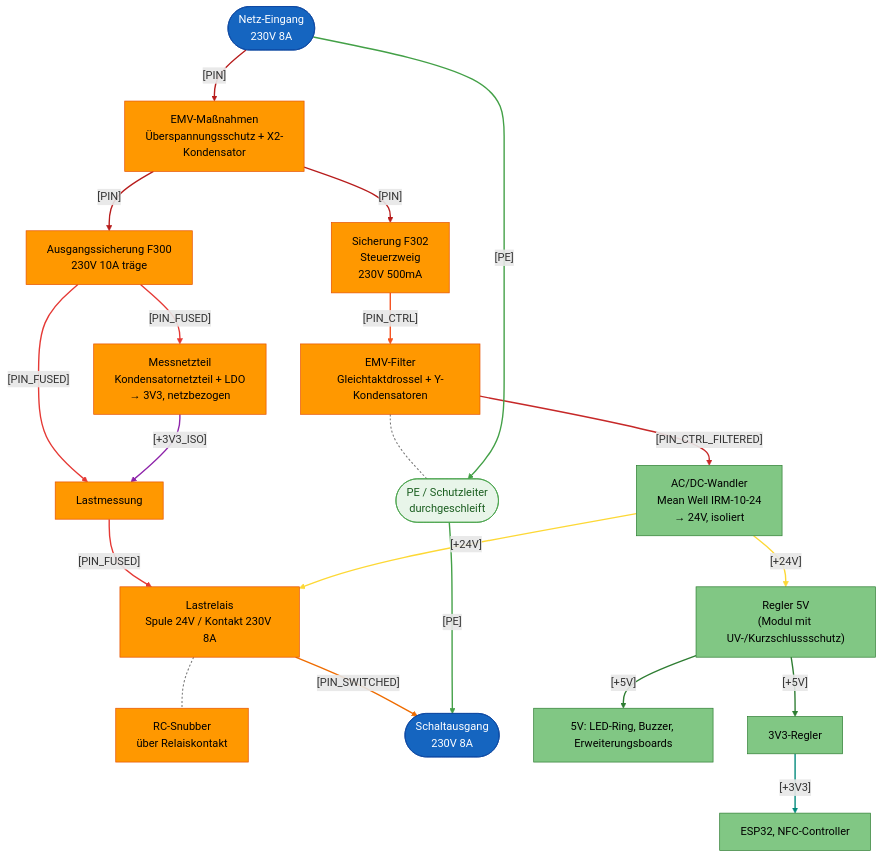
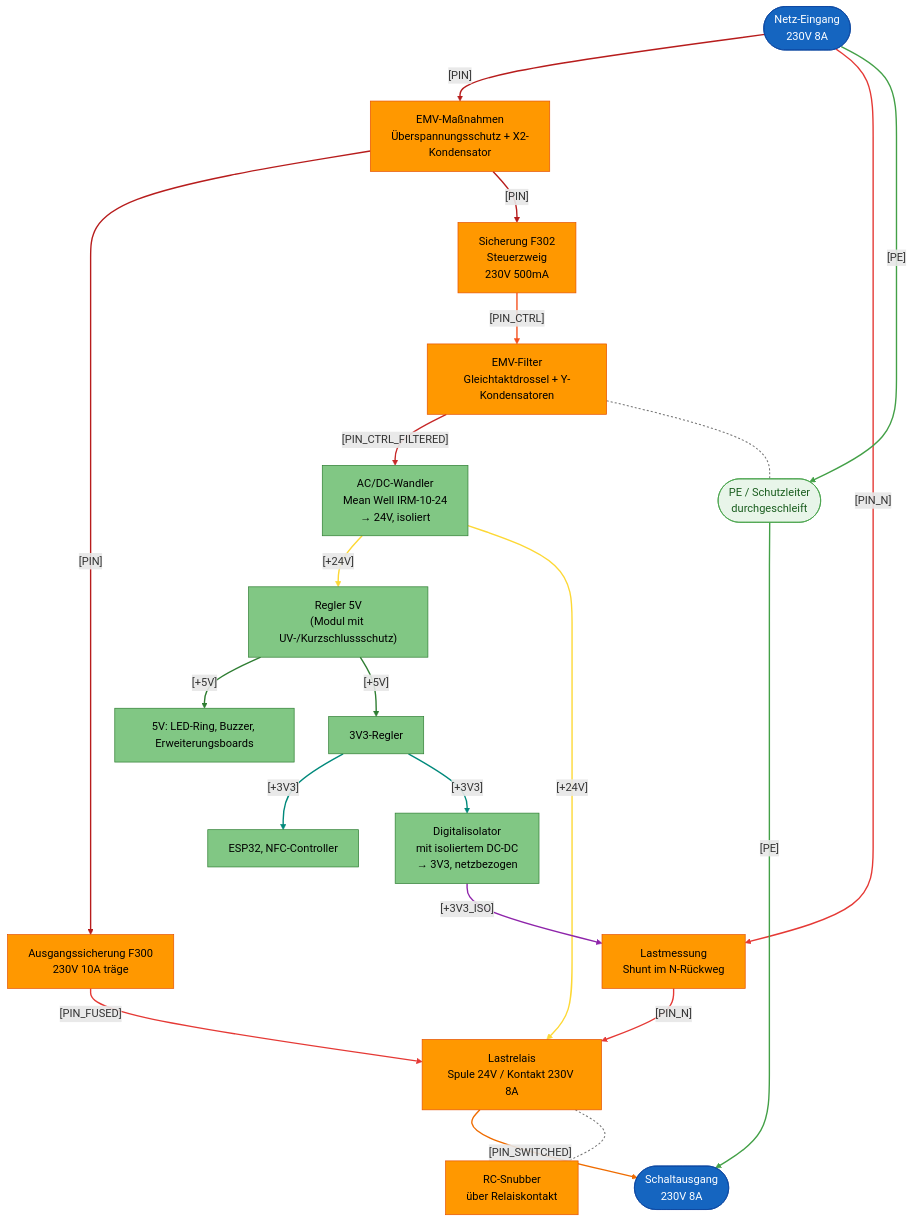
The second of 3 diagrams in hardware/projects/RFID_BOX/README.md (FREILab/easyVerwaltungHardware), drawn with Mermaid before and after one commit. The commit also changed other lines of this file and 6 other files, not shown here.

First line of the commit message:
Messinsel über isolierten Digitalisolator statt Kondensatornetzteil

````diff
--- a/hardware/projects/RFID_BOX/README.md
+++ b/hardware/projects/RFID_BOX/README.md
@@ -249,62 +250,63 @@
 ```mermaid
 flowchart TB
     NETZ([Netz-Eingang<br/>230V 8A])
     EMV["EMV-Maßnahmen<br/>Überspannungsschutz + X2-Kondensator"]
     FLAST["Ausgangssicherung F300<br/>230V 10A träge"]
-    MESS[Lastmessung]
+    MESS["Lastmessung<br/>Shunt im N-Rückweg"]
     REL["Lastrelais<br/>Spule 24V / Kontakt 230V 8A"]
     SNUB["RC-Snubber<br/>über Relaiskontakt"]
     OUT([Schaltausgang <br/>230V 8A])
     PE([PE / Schutzleiter<br/>durchgeschleift])
 
     FSTEUER["Sicherung F302<br/>Steuerzweig<br/>230V 500mA"]
     FILT["EMV-Filter<br/>Gleichtaktdrossel + Y-Kondensatoren"]
     ACDC["AC/DC-Wandler<br/>Mean Well IRM-10-24<br/>→ 24V, isoliert"]
     REG5V["Regler 5V<br/>(Modul mit UV-/Kurzschlussschutz)"]
     V5[5V: LED-Ring, Buzzer, Erweiterungsboards]
     V33[3V3-Regler]
     LOGIK[ESP32, NFC-Controller]
-    DROP["Messnetzteil<br/>Kondensatornetzteil + LDO<br/>→ 3V3, netzbezogen"]
+    ISO["Digitalisolator<br/>mit isoliertem DC-DC<br/>→ 3V3, netzbezogen"]
 
     NETZ -->|"[PIN]"| EMV
     EMV -->|"[PIN]"| FLAST
-    FLAST -->|"[PIN_FUSED]"| MESS
-    MESS -->|"[PIN_FUSED]"| REL
+    FLAST -->|"[PIN_FUSED]"| REL
+    NETZ -->|"[PIN_N]"| MESS
+    MESS -->|"[PIN_N]"| REL
     REL -->|"[PIN_SWITCHED]"| OUT
     REL -.- SNUB
-    FLAST -->|"[PIN_FUSED]"| DROP
-    DROP -->|"[+3V3_ISO]"| MESS
     EMV -->|"[PIN]"| FSTEUER
     FSTEUER -->|"[PIN_CTRL]"| FILT
     FILT -->|"[PIN_CTRL_FILTERED]"| ACDC
     FILT -.- PE
     ACDC -->|"[+24V]"| REG5V
     ACDC -->|"[+24V]"| REL
     REG5V -->|"[+5V]"| V5
     REG5V -->|"[+5V]"| V33
     V33 -->|"[+3V3]"| LOGIK
+    V33 -->|"[+3V3]"| ISO
+    ISO -->|"[+3V3_ISO]"| MESS
     NETZ -->|"[PE]"| PE
     PE -->|"[PE]"| OUT
 
-    linkStyle 0,1,8 stroke:#b71c1c,stroke-width:2px
-    linkStyle 2,3,6 stroke:#e53935,stroke-width:2px
-    linkStyle 4 stroke:#ef6c00,stroke-width:2px
-    linkStyle 5,11 stroke:#757575,stroke-width:1.5px,stroke-dasharray:3 3
-    linkStyle 7 stroke:#8e24aa,stroke-width:2px
-    linkStyle 9 stroke:#f4511e,stroke-width:2px
-    linkStyle 10 stroke:#c62828,stroke-width:2px
-    linkStyle 12,13 stroke:#fdd835,stroke-width:2px
-    linkStyle 14,15 stroke:#2e7d32,stroke-width:2px
-    linkStyle 16 stroke:#00897b,stroke-width:2px
-    linkStyle 17,18 stroke:#43a047,stroke-width:2px
+    linkStyle 0,1,7 stroke:#b71c1c,stroke-width:2px
+    linkStyle 2,3,4 stroke:#e53935,stroke-width:2px
+    linkStyle 5 stroke:#ef6c00,stroke-width:2px
+    linkStyle 6,10 stroke:#757575,stroke-width:1.5px,stroke-dasharray:3 3
+    linkStyle 8 stroke:#f4511e,stroke-width:2px
+    linkStyle 9 stroke:#c62828,stroke-width:2px
+    linkStyle 11,12 stroke:#fdd835,stroke-width:2px
+    linkStyle 13,14 stroke:#2e7d32,stroke-width:2px
+    linkStyle 15,16 stroke:#00897b,stroke-width:2px
+    linkStyle 17 stroke:#8e24aa,stroke-width:2px
+    linkStyle 18,19 stroke:#43a047,stroke-width:2px
 
     classDef term230 fill:#1565c0,color:#fff,stroke:#0d47a1
     classDef part230 fill:#ff9800,color:#000,stroke:#e65100
     classDef partSELV fill:#81c784,color:#000,stroke:#2e7d32
     classDef pe fill:#e8f5e9,color:#1b5e20,stroke:#43a047
 
     class NETZ,OUT term230
-    class EMV,FLAST,MESS,REL,FSTEUER,FILT,SNUB,DROP part230
-    class ACDC,REG5V,V5,V33,LOGIK partSELV
+    class EMV,FLAST,MESS,REL,FSTEUER,FILT,SNUB part230
+    class ACDC,REG5V,V5,V33,LOGIK,ISO partSELV
     class PE pe
 ```
````
